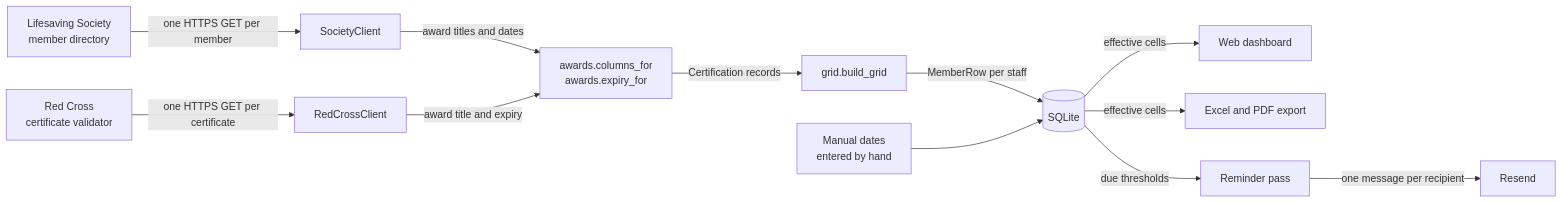
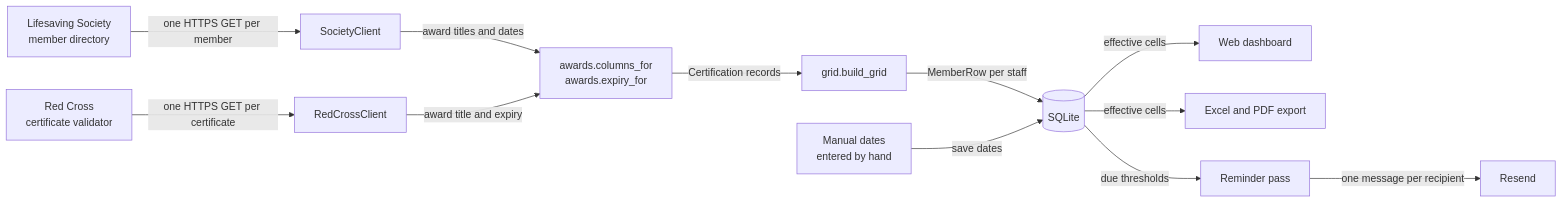
The first of 2 diagrams in docs/architecture.md (willtheorangeguy/ucac-certs), drawn with Mermaid before and after one commit. The commit also changed other lines of this file and 7 other files, not shown here.

````diff
--- a/docs/architecture.md
+++ b/docs/architecture.md
@@ -13,14 +13,14 @@
 ```mermaid
 graph LR
   S[Lifesaving Society<br>member directory] -->|one HTTPS GET per member| C[SocietyClient]
   X2[Red Cross<br>certificate validator] -->|one HTTPS GET per certificate| C2[RedCrossClient]
   C -->|award titles and dates| A[awards.columns_for<br>awards.expiry_for]
   C2 -->|award title and expiry| A
   A -->|Certification records| G[grid.build_grid]
   G -->|MemberRow per staff| D[(SQLite)]
-  M[Manual dates<br>entered by hand] --> D
+  M[Manual dates<br>entered by hand] -->|save dates| D
   D -->|effective cells| W[Web dashboard]
   D -->|effective cells| X[Excel and PDF export]
   D -->|due thresholds| R[Reminder pass]
   R -->|one message per recipient| E[Resend]
 ```
````
